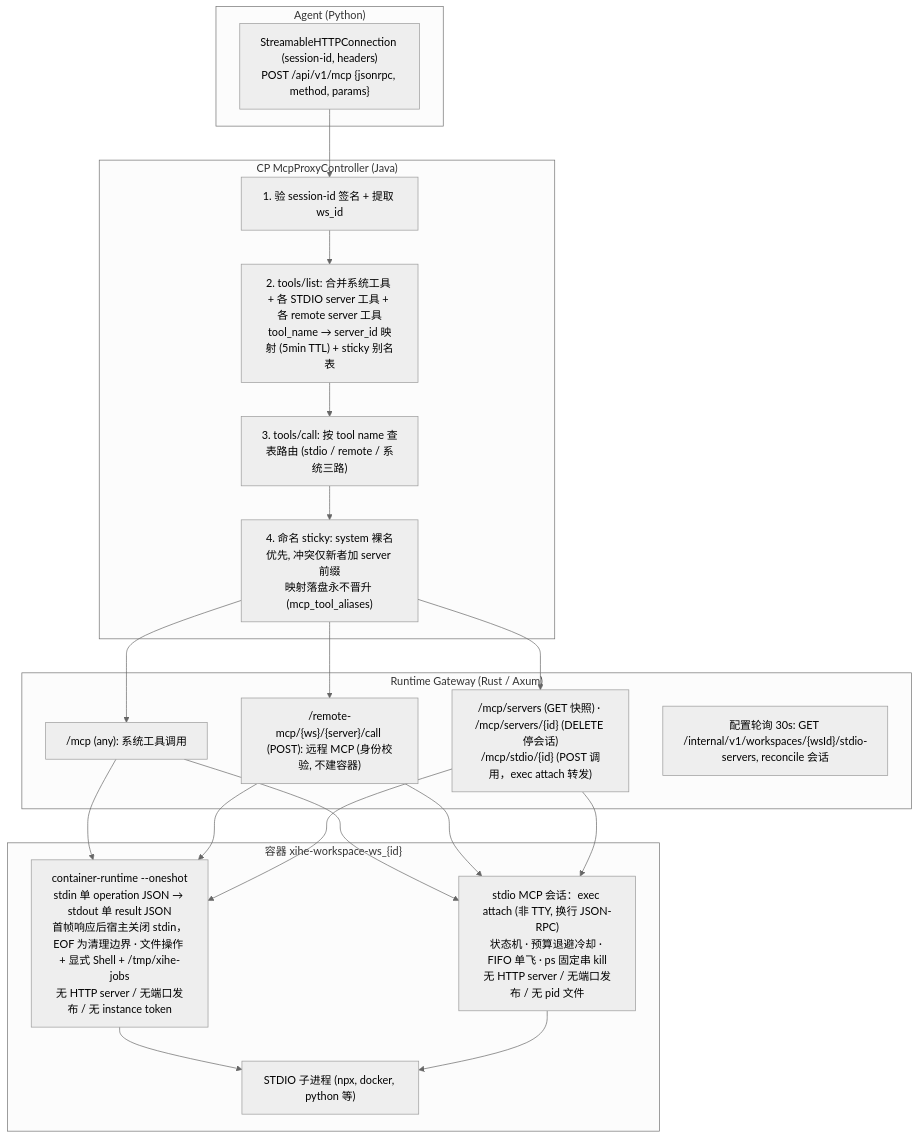
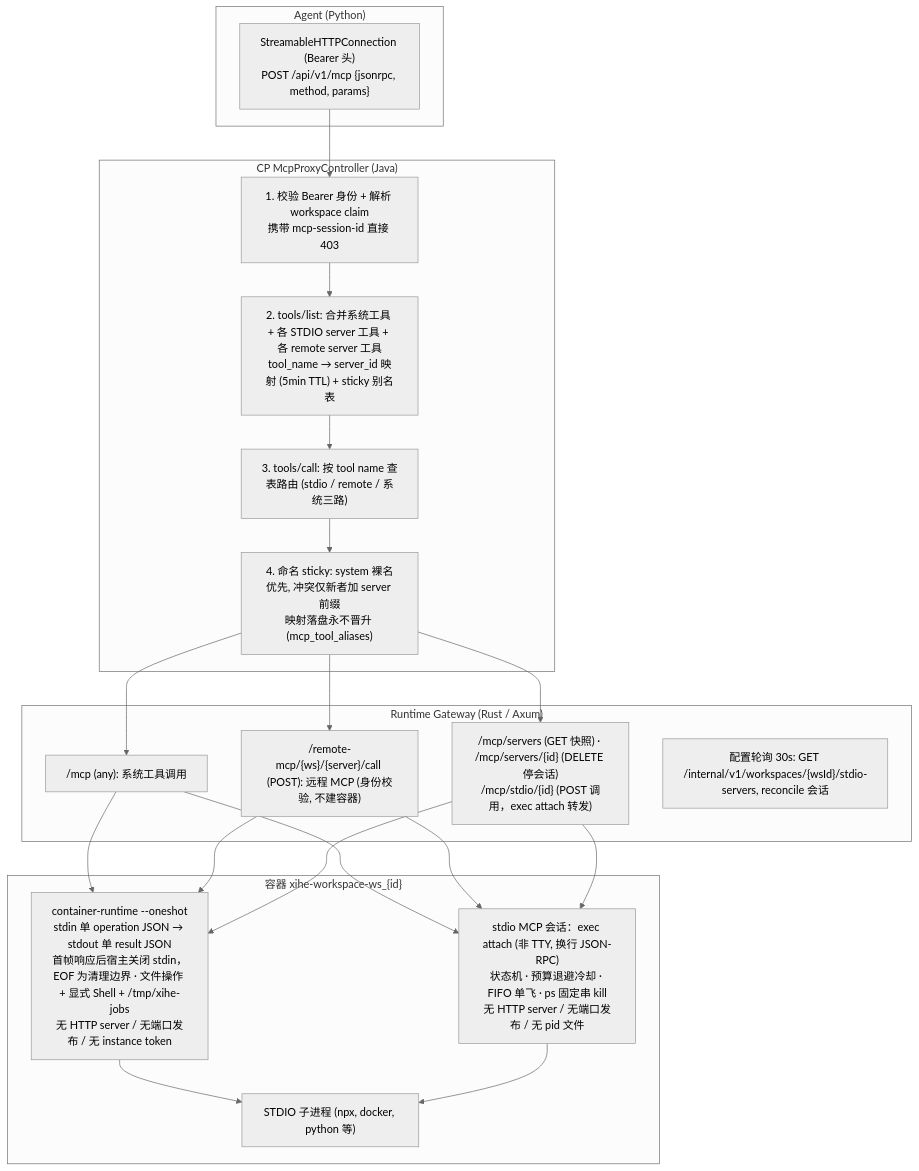
One commit to cc01cc/xihe-project changed the first of 3 diagrams in docs/i18n/zh-Hans/DEV-016-mcp-architecture.md. Above: the diagram before and after it, drawn with Mermaid. The commit also changed other lines of this file and 40 other files, not shown here.

````diff
--- a/docs/i18n/zh-Hans/DEV-016-mcp-architecture.md
+++ b/docs/i18n/zh-Hans/DEV-016-mcp-architecture.md
@@ -29,25 +29,25 @@
 ```mermaid
 %%{init: {'theme': 'neutral'}}%%
 flowchart TD
     subgraph AG["Agent (Python)"]
-        A1["StreamableHTTPConnection (session-id, headers)<br/>POST /api/v1/mcp {jsonrpc, method, params}"]
+        A1["StreamableHTTPConnection (Bearer 头)<br/>POST /api/v1/mcp {jsonrpc, method, params}"]
     end
     subgraph CP["CP McpProxyController (Java)"]
-        C1["1. 验 session-id 签名 + 提取 ws_id"]
+        C1["1. 校验 Bearer 身份 + 解析 workspace claim<br/>携带 mcp-session-id 直接 403"]
         C2["2. tools/list: 合并系统工具 + 各 STDIO server 工具 + 各 remote server 工具<br/>tool_name → server_id 映射 (5min TTL) + sticky 别名表"]
         C3["3. tools/call: 按 tool name 查表路由 (stdio / remote / 系统三路)"]
         C4["4. 命名 sticky: system 裸名优先, 冲突仅新者加 server 前缀<br/>映射落盘永不晋升 (mcp_tool_aliases)"]
     end
     subgraph GW["Runtime Gateway (Rust / Axum)"]
         G1["/mcp (any): 系统工具调用"]
         G2["/remote-mcp/{ws}/{server}/call (POST): 远程 MCP (身份校验, 不建容器)"]
         G3["/mcp/servers (GET 快照) · /mcp/servers/{id} (DELETE 停会话)<br/>/mcp/stdio/{id} (POST 调用，exec attach 转发)"]
         G4["配置轮询 30s: GET /internal/v1/workspaces/{wsId}/stdio-servers, reconcile 会话"]
     end
     subgraph SB["容器 xihe-workspace-ws_{id}"]
         S1["container-runtime --oneshot<br/>stdin 单 operation JSON → stdout 单 result JSON<br/>首帧响应后宿主关闭 stdin，EOF 为清理边界 · 文件操作 + 显式 Shell + /tmp/xihe-jobs<br/>无 HTTP server / 无端口发布 / 无 instance token"]
         S2["stdio MCP 会话：exec attach (非 TTY, 换行 JSON-RPC)<br/>状态机 · 预算退避冷却 · FIFO 单飞 · ps 固定串 kill<br/>无 HTTP server / 无端口发布 / 无 pid 文件"]
         S3["STDIO 子进程 (npx, docker, python 等)"]
     end
     A1 --> C1 --> C2 --> C3 --> C4 --> G1 & G2 & G3 --> S1 & S2 --> S3
 ```
````
